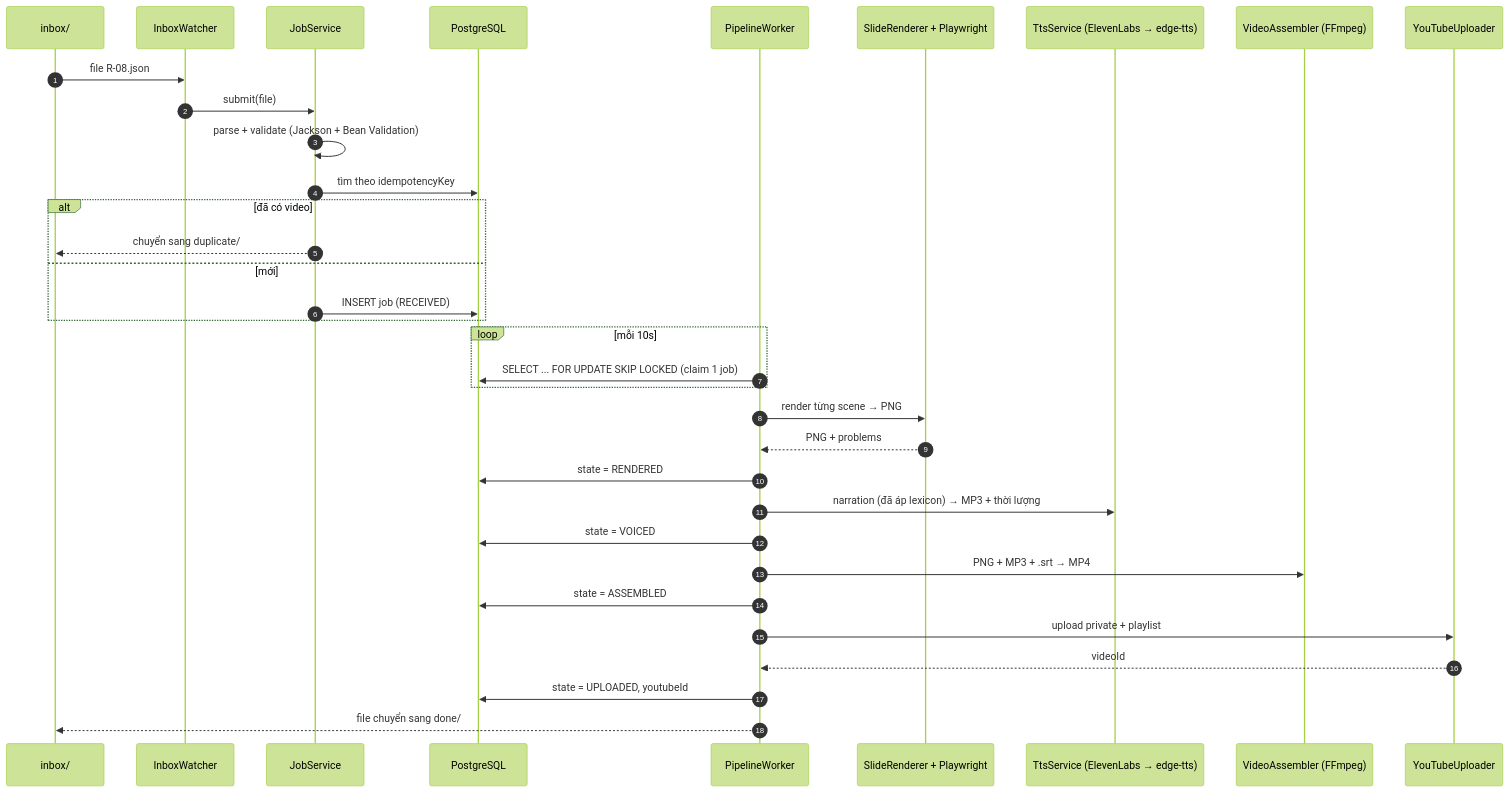
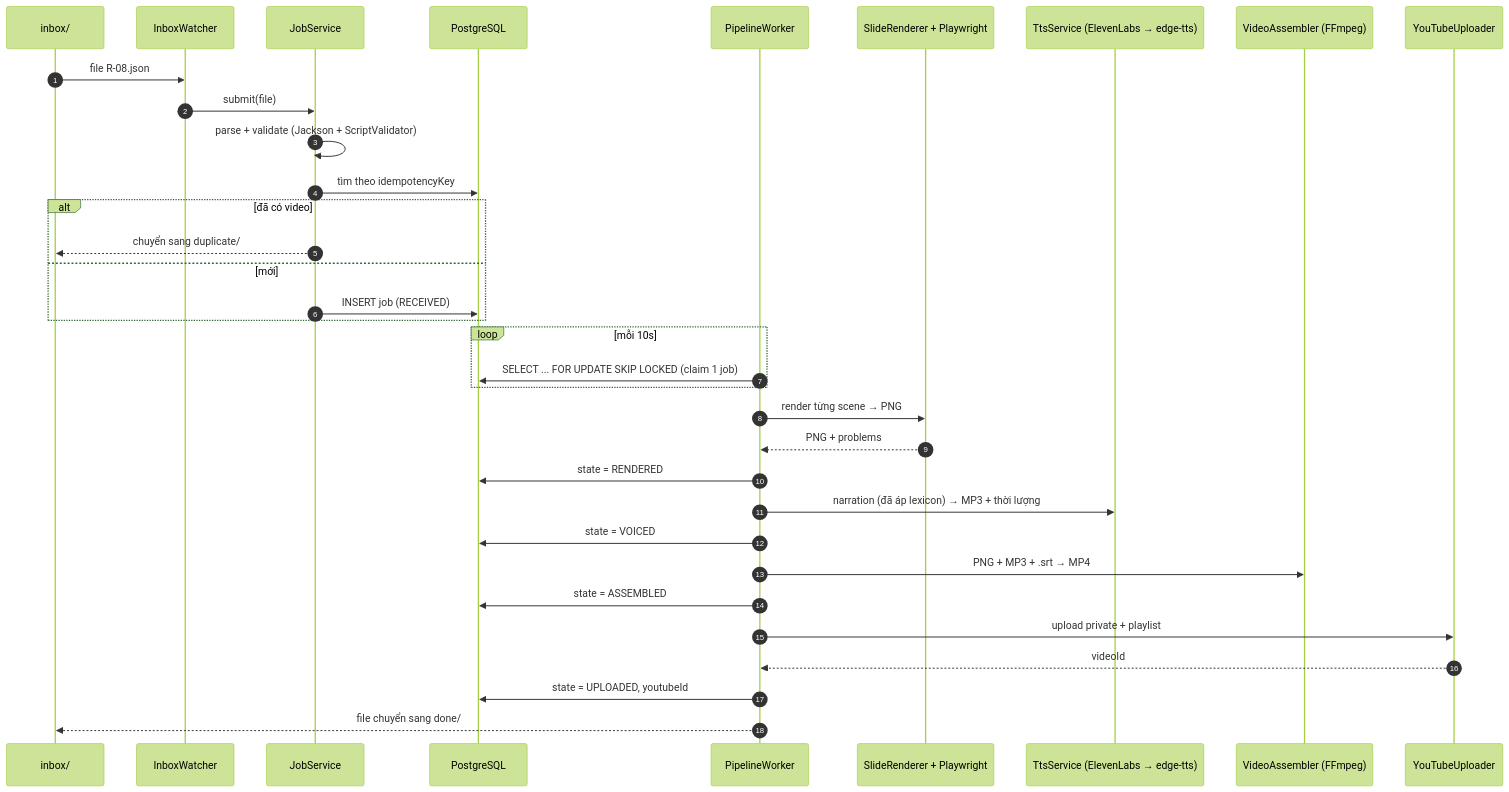
The second of 6 diagrams in SPEC.md (Dang-Anh-Tuan/doc-reel-v2), drawn with Mermaid (forest theme) before and after one commit. The commit also changed other lines of this file and 2 other files, not shown here.

Commit message:
orchestrator: W1 done, cập nhật SPEC/PLAN theo quyết định P1

````diff
--- a/SPEC.md
+++ b/SPEC.md
@@ -104,38 +104,38 @@
 ```mermaid
 sequenceDiagram
     autonumber
     participant FS as inbox/
     participant W as InboxWatcher
     participant J as JobService
     participant DB as PostgreSQL
     participant P as PipelineWorker
     participant R as SlideRenderer + Playwright
     participant T as TtsService (ElevenLabs → edge-tts)
     participant F as VideoAssembler (FFmpeg)
     participant Y as YouTubeUploader
 
     FS->>W: file R-08.json
     W->>J: submit(file)
-    J->>J: parse + validate (Jackson + Bean Validation)
+    J->>J: parse + validate (Jackson + ScriptValidator)
     J->>DB: tìm theo idempotencyKey
     alt đã có video
         J-->>FS: chuyển sang duplicate/
     else mới
         J->>DB: INSERT job (RECEIVED)
     end
 
     loop mỗi 10s
         P->>DB: SELECT ... FOR UPDATE SKIP LOCKED (claim 1 job)
     end
     P->>R: render từng scene → PNG
     R-->>P: PNG + problems
     P->>DB: state = RENDERED
     P->>T: narration (đã áp lexicon) → MP3 + thời lượng
     P->>DB: state = VOICED
     P->>F: PNG + MP3 + .srt → MP4
     P->>DB: state = ASSEMBLED
     P->>Y: upload private + playlist
     Y-->>P: videoId
     P->>DB: state = UPLOADED, youtubeId
     P-->>FS: file chuyển sang done/
 ```
````
